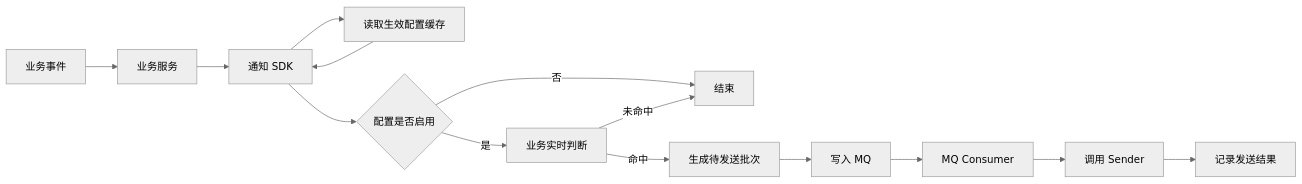
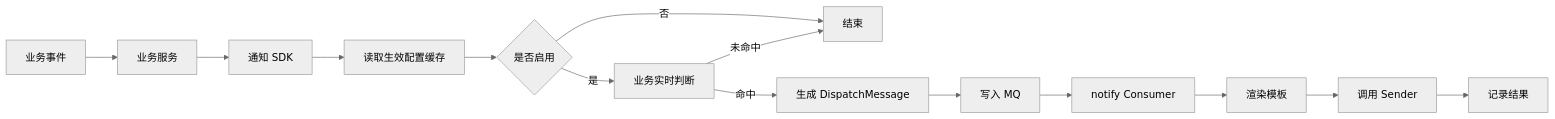
Before and after one commit to zongqir/work: the first of 3 diagrams in AES通知执行层总体评审方案.md, drawn with Mermaid (neutral theme). The commit also changed other lines of this file, not shown here.

````diff
--- a/AES通知执行层总体评审方案.md
+++ b/AES通知执行层总体评审方案.md
@@ -128,16 +96,16 @@
 ```mermaid
 flowchart LR
     A[业务事件] --> B[业务服务]
     B --> C[通知 SDK]
     C --> D[读取生效配置缓存]
-    D --> C
-    C --> E{配置是否启用}
+    D --> E{是否启用}
     E -->|否| F[结束]
     E -->|是| G[业务实时判断]
     G -->|未命中| F
-    G -->|命中| H[生成待发送批次]
+    G -->|命中| H[生成 DispatchMessage]
     H --> I[写入 MQ]
-    I --> J[MQ Consumer]
-    J --> K[调用 Sender]
-    K --> L[记录发送结果]
+    I --> J[notify Consumer]
+    J --> K[渲染模板]
+    K --> L[调用 Sender]
+    L --> M[记录结果]
 ```
````
